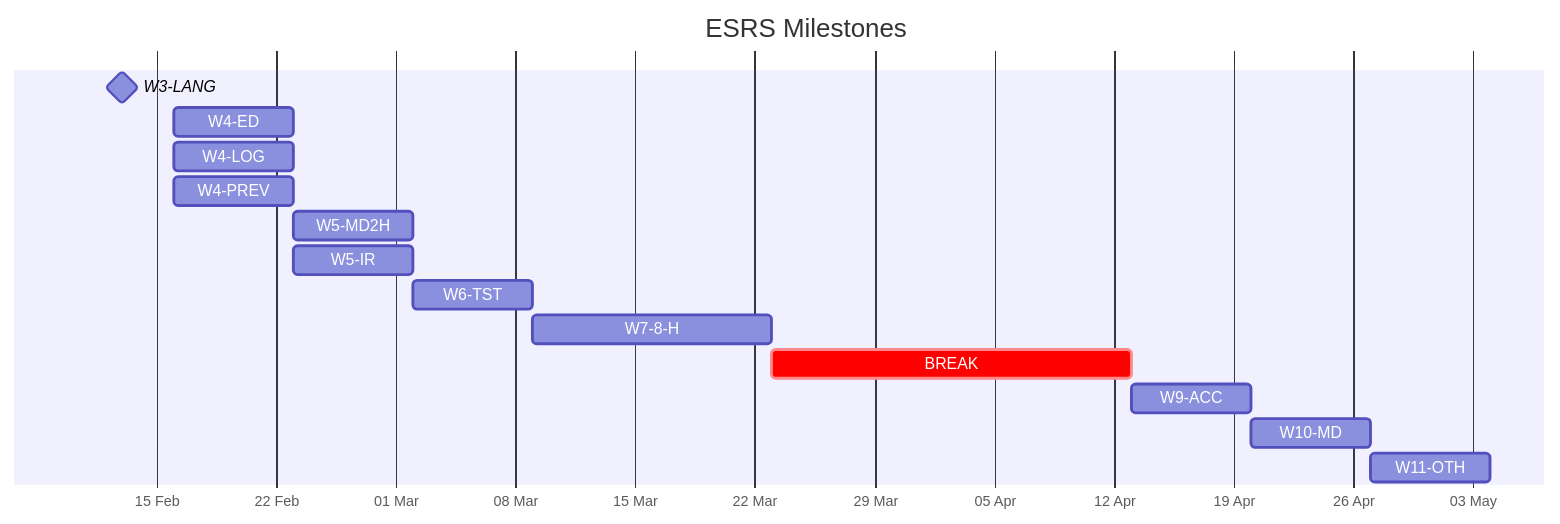
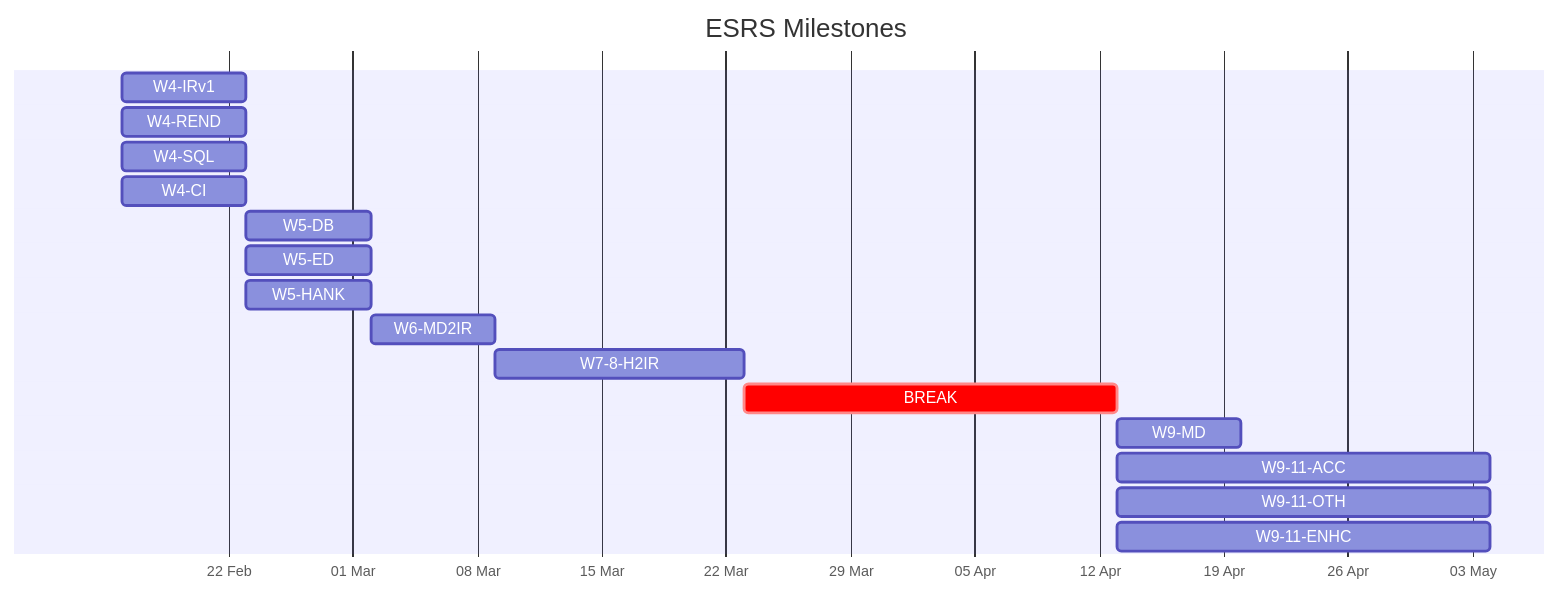
The diagram in docs/mermaid/milestones.mmd (Sussex-ESRS-Team/writeOnce), drawn with Mermaid before and after one commit.

Commit message:
Update milestones in the Gantt chart

```diff
--- a/docs/mermaid/milestones.mmd
+++ b/docs/mermaid/milestones.mmd
@@ -1,29 +1,37 @@
 ---
 config:
   theme: default
 ---
-
 gantt
     title ESRS Milestones 
     dateFormat  YYYY-MM-DD
     axisFormat  %d %b
     tickInterval 1week
 
-    W3-LANG :milestone, m1, 2026-02-13, 0d
+    %% Week 4
+    W4-IRv1  :a1, 2026-02-16, 1w
+    W4-REND  :a2, 2026-02-16, 1w
+    W4-SQL   :a3, 2026-02-16, 1w
+    W4-CI    :a4, 2026-02-16, 1w
 
-    W4-ED   :a1, 2026-02-16, 1w
-    W4-LOG  :a2, 2026-02-16, 1w
-    W4-PREV :a3, 2026-02-16, 1w
+    %% Week 5
+    W5-DB    :a5, 2026-02-23, 1w
+    W5-ED    :a6, 2026-02-23, 1w
+    W5-HANK  :a7, 2026-02-23, 1w
 
-    W5-MD2H :a4, 2026-02-23, 1w
-    W5-IR   :a5, 2026-02-23, 1w
+    %% Week 6
+    W6-MD2IR :a8, 2026-03-02, 1w
 
-    W6-TST  :a6, 2026-03-02, 1w
+    %% Weeks 7-8
+    W7-8-H2IR :a9, 2026-03-09, 2w
 
-    W7-8-H  :a7, 2026-03-09, 2w
-
+    %% Spring Break
     BREAK   :crit, b1, 2026-03-23, 3w
 
-    W9-ACC :a8, 2026-04-13, 1w
-    W10-MD  :a9, 2026-04-20, 1w
-    W11-OTH :a10, 2026-04-27, 1w
+    %% Week 9
+    W9-MD   :a10, 2026-04-13, 1w
+
+    %% Weeks 9-11 (Stretch Window)
+    W9-11-ACC   :a11, 2026-04-13, 3w
+    W9-11-OTH   :a12, 2026-04-13, 3w
+    W9-11-ENHC  :a13, 2026-04-13, 3w
```
